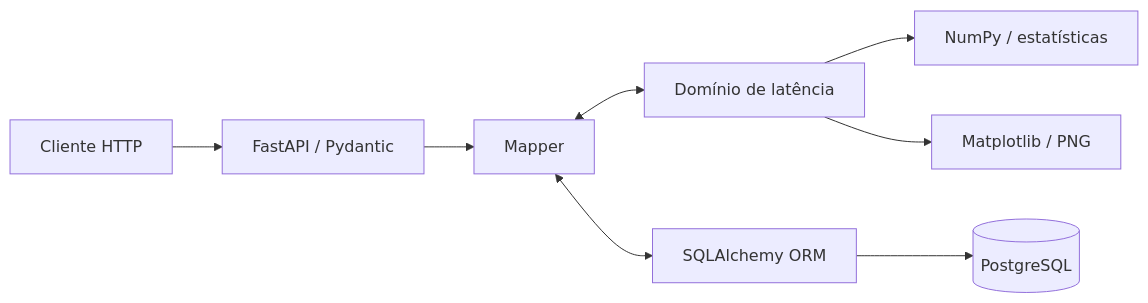
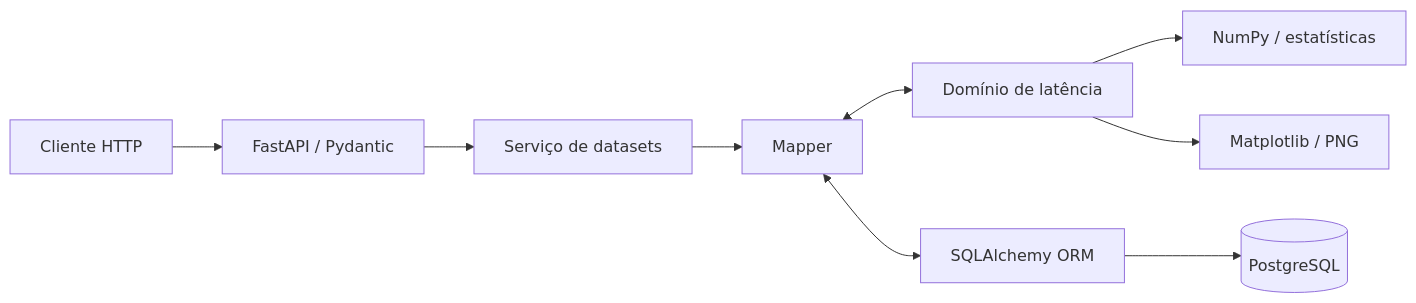
Before and after one commit to Victor-TelesF/api-performance-monitor: the diagram in README.md, drawn with Mermaid. The commit also changed other lines of this file, not shown here.

Commit message:
docs: document statistics API

````diff
--- a/README.md
+++ b/README.md
@@ -35,10 +36,11 @@
 ```mermaid
 flowchart LR
     Client[Cliente HTTP] --> API[FastAPI / Pydantic]
-    API --> Mapper[Mapper]
+    API --> Service[Serviço de datasets]
+    Service --> Mapper[Mapper]
     Mapper <--> Domain[Domínio de latência]
     Mapper <--> ORM[SQLAlchemy ORM]
     ORM --> DB[(PostgreSQL)]
     Domain --> Stats[NumPy / estatísticas]
     Domain --> Charts[Matplotlib / PNG]
 ```
````
